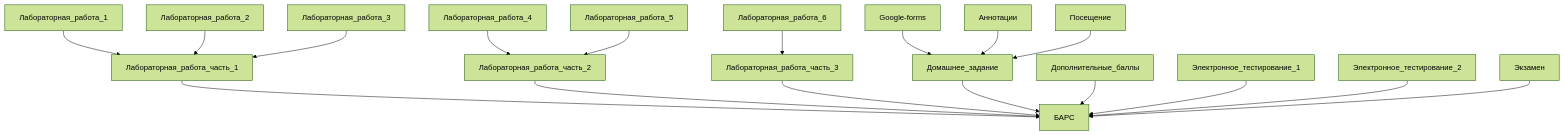
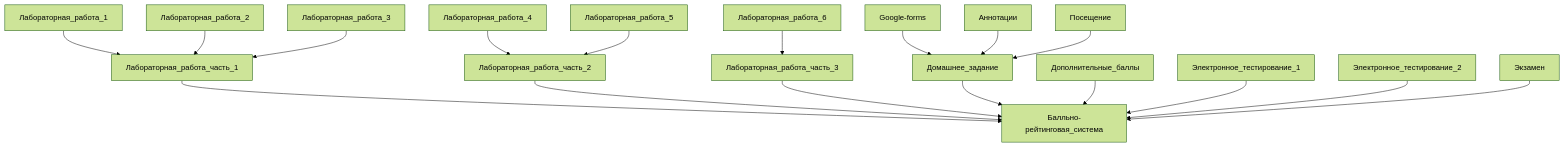
The diagram in 1 Семестр/Информатика/README.md (Steralka/ITMO), drawn with Mermaid (forest theme) before and after one commit.

````diff
--- a/1 Семестр/Информатика/README.md
+++ b/1 Семестр/Информатика/README.md
@@ -35,20 +35,20 @@
 ```mermaid
 graph TD;
     Лабораторная_работа_1-->Лабораторная_работа_часть_1;
     Лабораторная_работа_2-->Лабораторная_работа_часть_1;
     Лабораторная_работа_3-->Лабораторная_работа_часть_1;
     Лабораторная_работа_4-->Лабораторная_работа_часть_2;
     Лабораторная_работа_5-->Лабораторная_работа_часть_2;
     Лабораторная_работа_6-->Лабораторная_работа_часть_3;
     Google-forms-->Домашнее_задание;
     Аннотации-->Домашнее_задание;
     Посещение-->Домашнее_задание;
-    Лабораторная_работа_часть_1-->БАРС;
-    Лабораторная_работа_часть_2-->БАРС;
-    Лабораторная_работа_часть_3-->БАРС;
-    Домашнее_задание-->БАРС;
-    Дополнительные_баллы-->БАРС;
-    Электронное_тестирование_1-->БАРС;
-    Электронное_тестирование_2-->БАРС;
-    Экзамен-->БАРС;
+    Лабораторная_работа_часть_1-->Балльно-рейтинговая_система;
+    Лабораторная_работа_часть_2-->Балльно-рейтинговая_система;
+    Лабораторная_работа_часть_3-->Балльно-рейтинговая_система;
+    Домашнее_задание-->Балльно-рейтинговая_система;
+    Дополнительные_баллы-->Балльно-рейтинговая_система;
+    Электронное_тестирование_1-->Балльно-рейтинговая_система;
+    Электронное_тестирование_2-->Балльно-рейтинговая_система;
+    Экзамен-->Балльно-рейтинговая_система;
 ```
````
